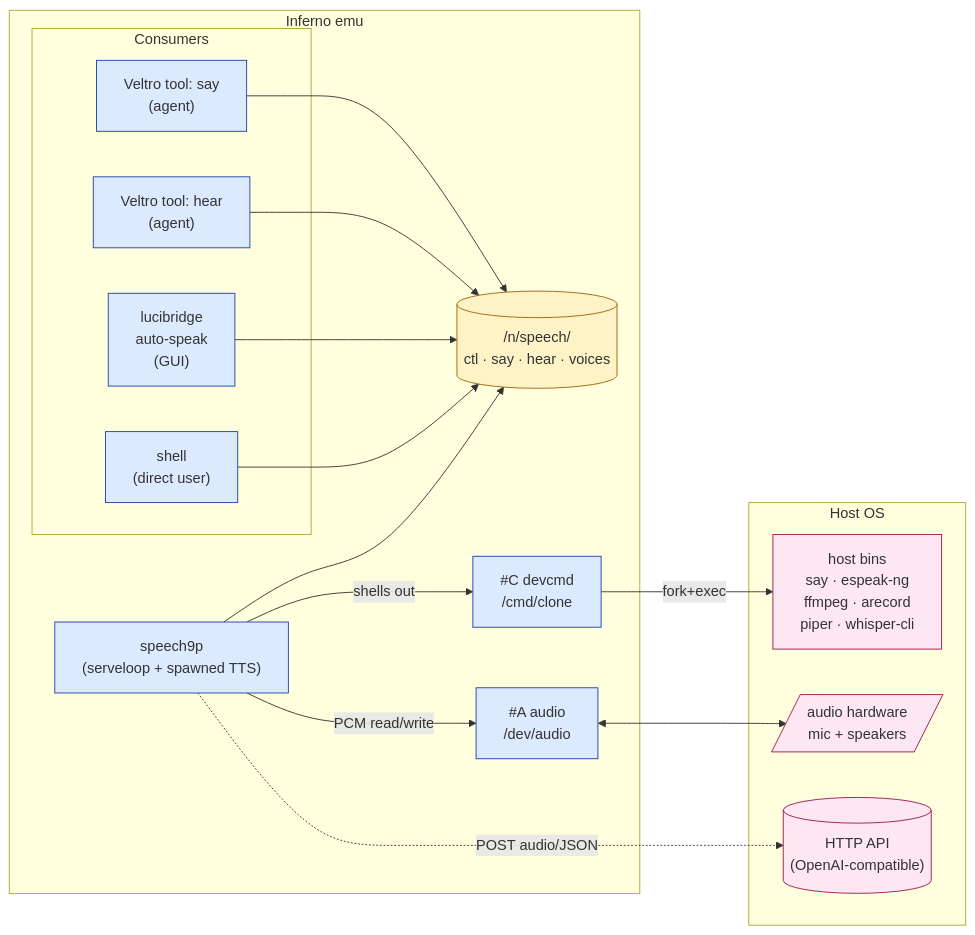
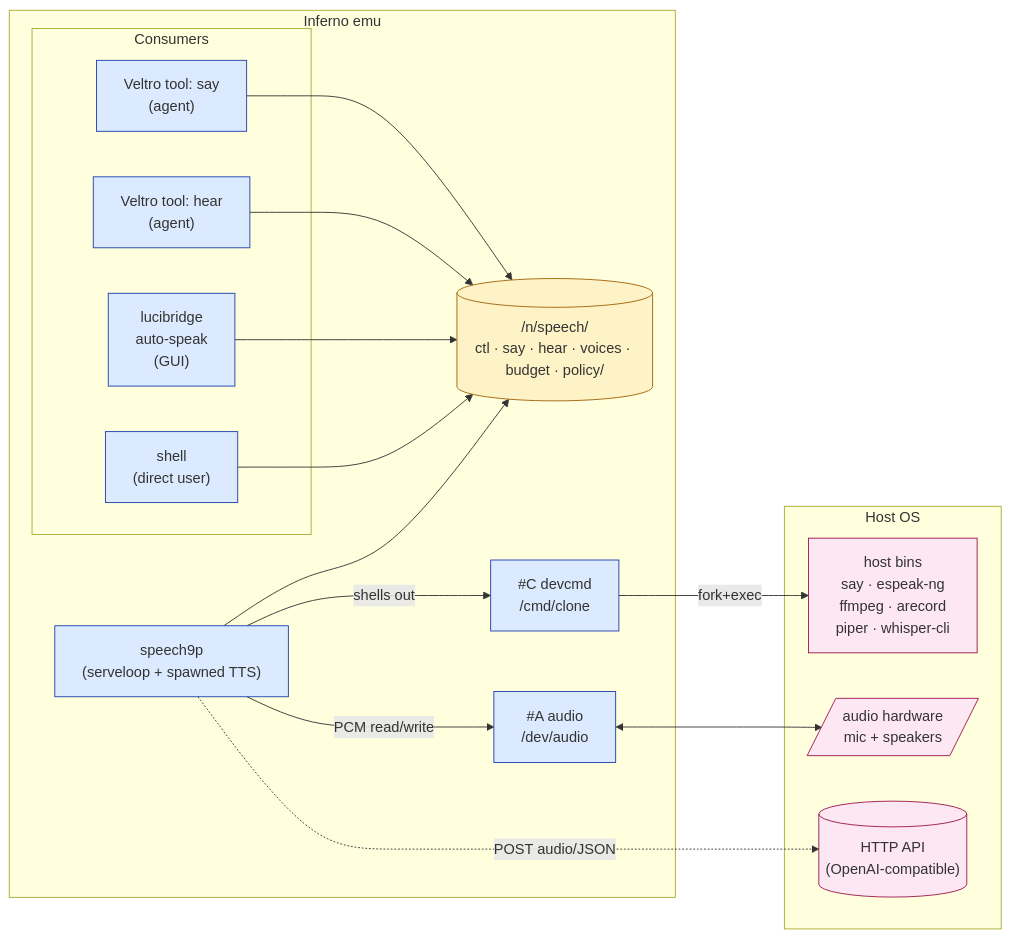
The first of 16 diagrams in docs/SPEECH-ARCHITECTURE.md (Ticed/infernode-os), drawn with Mermaid before and after one commit. The commit also changed other lines of this file and 14 other files, not shown here.

First line of the commit message:
fix(speech): bound hear and API spend with a namespace budget

````diff
--- a/docs/SPEECH-ARCHITECTURE.md
+++ b/docs/SPEECH-ARCHITECTURE.md
@@ -12,41 +12,41 @@
 ```mermaid
 flowchart LR
     subgraph host["Host OS"]
         hostbins["host bins<br/>say · espeak-ng<br/>ffmpeg · arecord<br/>piper · whisper-cli"]
         api[("HTTP API<br/>(OpenAI-compatible)")]
         audio[/"audio hardware<br/>mic + speakers"/]
     end
 
     subgraph emu["Inferno emu"]
         devC["#C devcmd<br/>/cmd/clone"]
         devA["#A audio<br/>/dev/audio"]
         speech9p["speech9p<br/>(serveloop + spawned TTS)"]
-        mount[("/n/speech/<br/>ctl · say · hear · voices")]
+        mount[("/n/speech/<br/>ctl · say · hear · voices · budget · policy/")]
 
         subgraph cons["Consumers"]
             sayTool["Veltro tool: say<br/>(agent)"]
             hearTool["Veltro tool: hear<br/>(agent)"]
             luci["lucibridge<br/>auto-speak<br/>(GUI)"]
             shell["shell<br/>(direct user)"]
         end
     end
 
     speech9p --> mount
     speech9p -- "shells out" --> devC
     speech9p -- "PCM read/write" --> devA
     devC -- "fork+exec" --> hostbins
     devA <--> audio
     speech9p -. "POST audio/JSON" .-> api
 
     sayTool --> mount
     hearTool --> mount
     luci --> mount
     shell --> mount
 
     classDef store fill:#fef3c7,stroke:#a16207
     classDef proc fill:#dbeafe,stroke:#1e40af
     classDef ext fill:#fce7f3,stroke:#9d174d
     class mount store
     class speech9p,devC,devA,sayTool,hearTool,luci,shell proc
     class hostbins,api,audio ext
 ```
````
